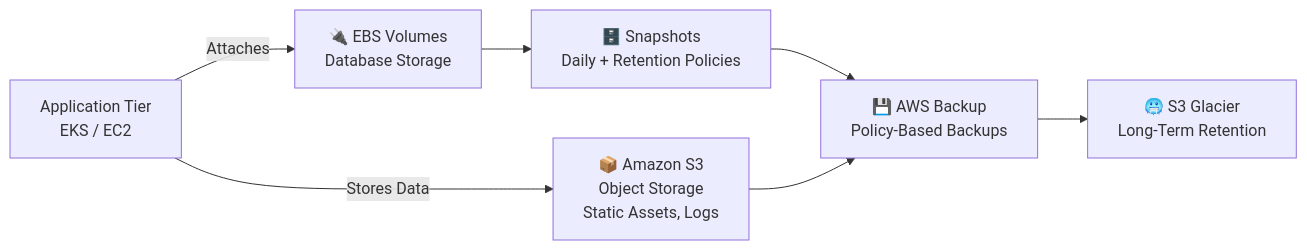
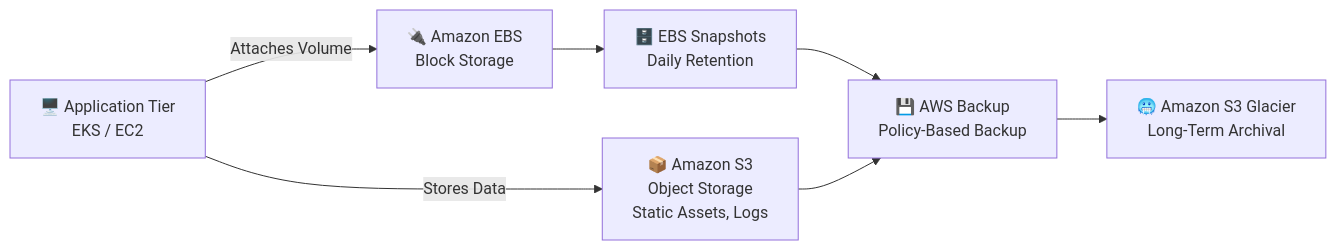
The fifth of 5 diagrams in ARCHITECTURE_DIAGRAMS.md (Haritest/ai-python), drawn with Mermaid before and after one commit. The commit also changed other lines of this file, not shown here.

Commit message:
Architecture diagram updated

````diff
--- a/ARCHITECTURE_DIAGRAMS.md
+++ b/ARCHITECTURE_DIAGRAMS.md
@@ -235,21 +242,21 @@
 ```mermaid
 graph LR
-    AppTier["Application Tier<br/>EKS / EC2"]
+    AppTier["🖥️ Application Tier<br/>EKS / EC2"]
     
     S3["📦 Amazon S3<br/>Object Storage<br/>Static Assets, Logs"]
     
-    Backup["💾 AWS Backup<br/>Policy-Based Backups"]
+    EBS["🔌 Amazon EBS<br/>Block Storage"]
     
-    EBS["🔌 EBS Volumes<br/>Database Storage"]
+    Snapshot["🗄️ EBS Snapshots<br/>Daily Retention"]
     
-    Snapshot["🗄️ Snapshots<br/>Daily + Retention Policies"]
+    Backup["💾 AWS Backup<br/>Policy-Based Backup"]
     
-    Archive["🥶 S3 Glacier<br/>Long-Term Retention"]
+    Glacier["🥶 Amazon S3 Glacier<br/>Long-Term Archival"]
     
     AppTier -->|Stores Data| S3
-    AppTier -->|Attaches| EBS
+    AppTier -->|Attaches Volume| EBS
     EBS --> Snapshot
     Snapshot --> Backup
     S3 --> Backup
-    Backup --> Archive
+    Backup --> Glacier
 ```
````
